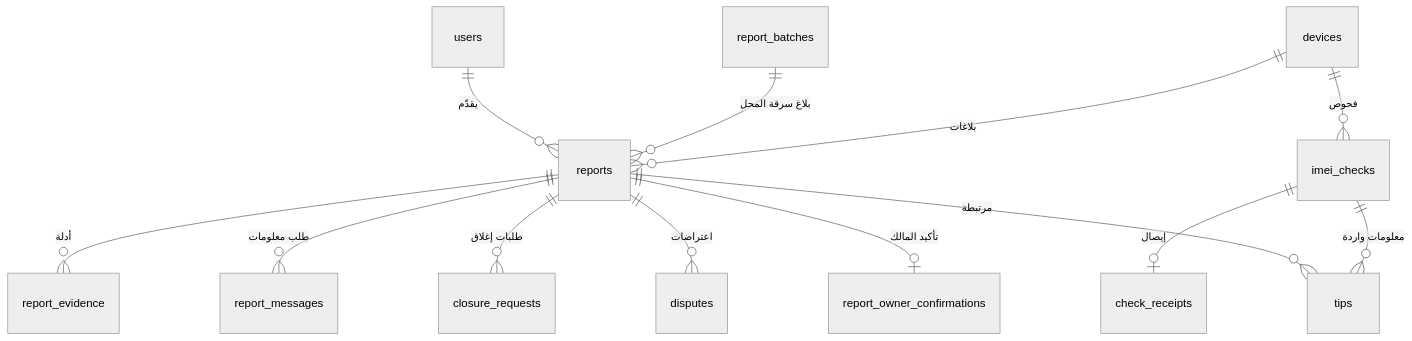
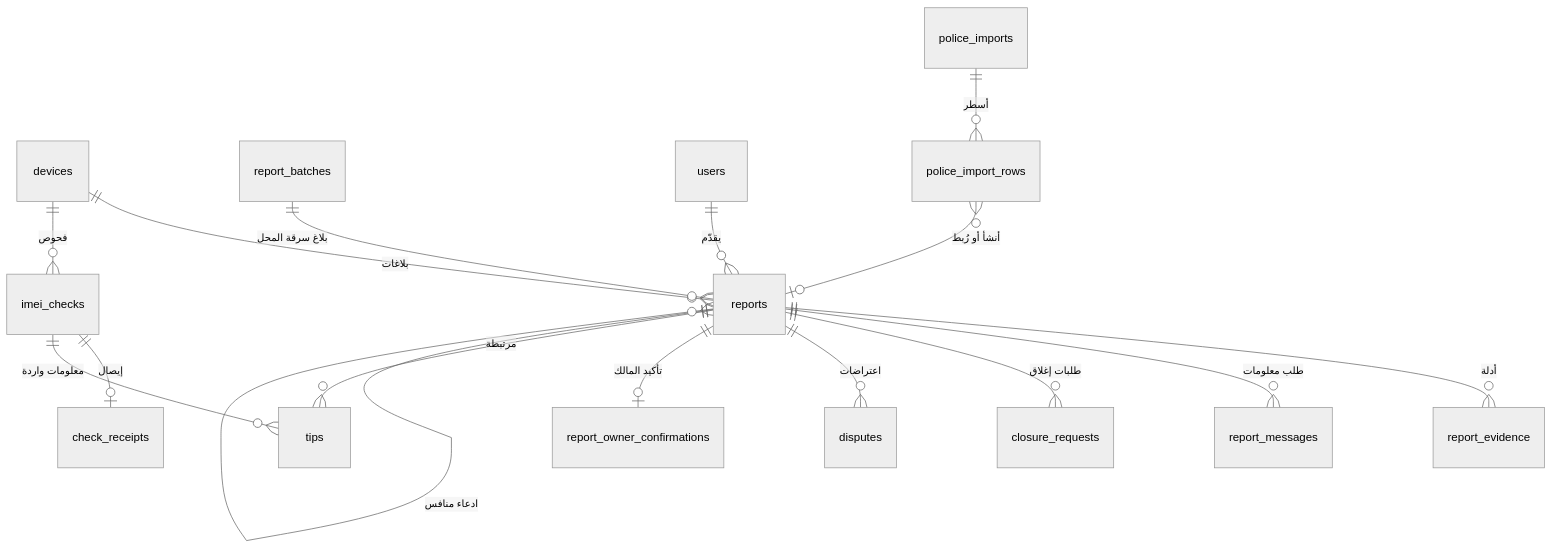
The third of 10 diagrams in docs/09-data-model.md (servacode/imei), drawn with Mermaid (neutral theme) before and after one commit. The commit also changed other lines of this file and 15 other files, not shown here.

````diff
--- a/docs/09-data-model.md
+++ b/docs/09-data-model.md
@@ -122,15 +150,18 @@
 ```mermaid
 erDiagram
     devices ||--o{ reports : "بلاغات"
     report_batches ||--o{ reports : "بلاغ سرقة المحل"
     users ||--o{ reports : "يقدّم"
     reports ||--o{ report_evidence : "أدلة"
     reports ||--o{ report_messages : "طلب معلومات"
     reports ||--o{ closure_requests : "طلبات إغلاق"
     reports ||--o{ disputes : "اعتراضات"
     reports ||--o| report_owner_confirmations : "تأكيد المالك"
     devices ||--o{ imei_checks : "فحوص"
     imei_checks ||--o| check_receipts : "إيصال"
     imei_checks ||--o{ tips : "معلومات واردة"
     reports ||--o{ tips : "مرتبطة"
+    reports ||--o{ reports : "ادعاء منافس"
+    police_imports ||--o{ police_import_rows : "أسطر"
+    police_import_rows }o--o| reports : "أنشأ أو رُبط"
 ```
````
